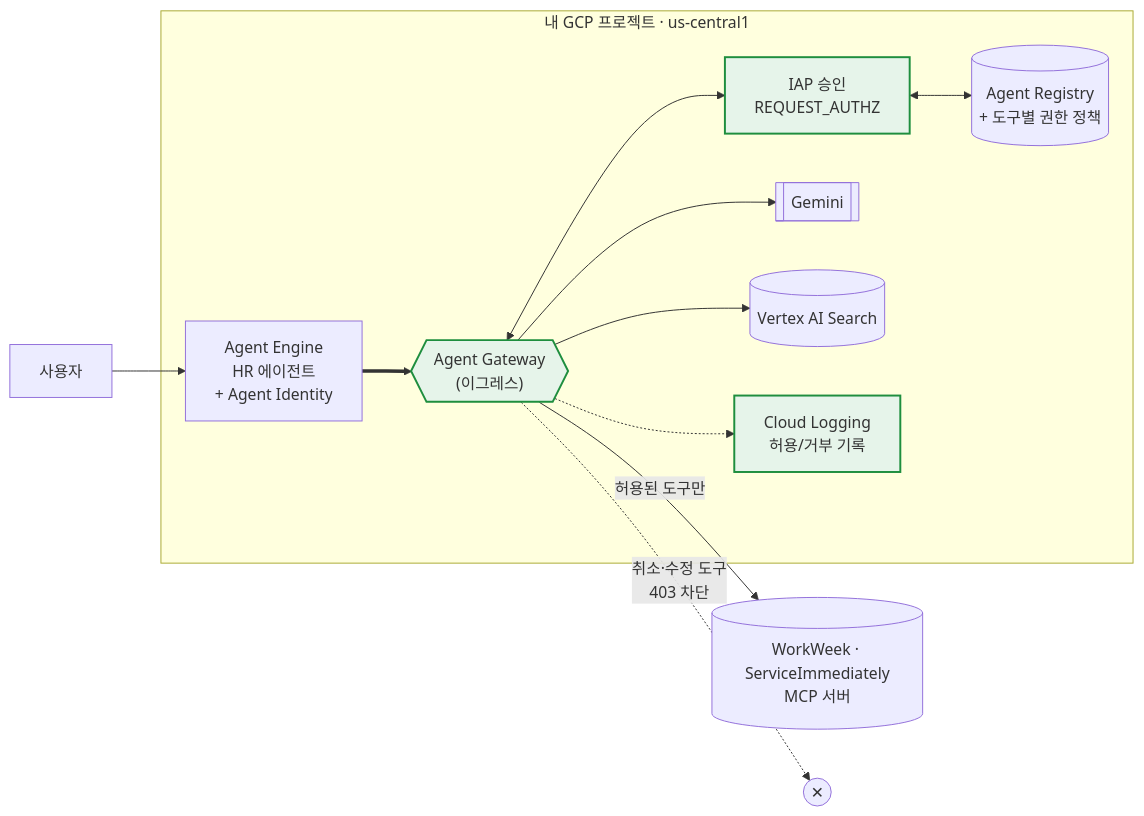
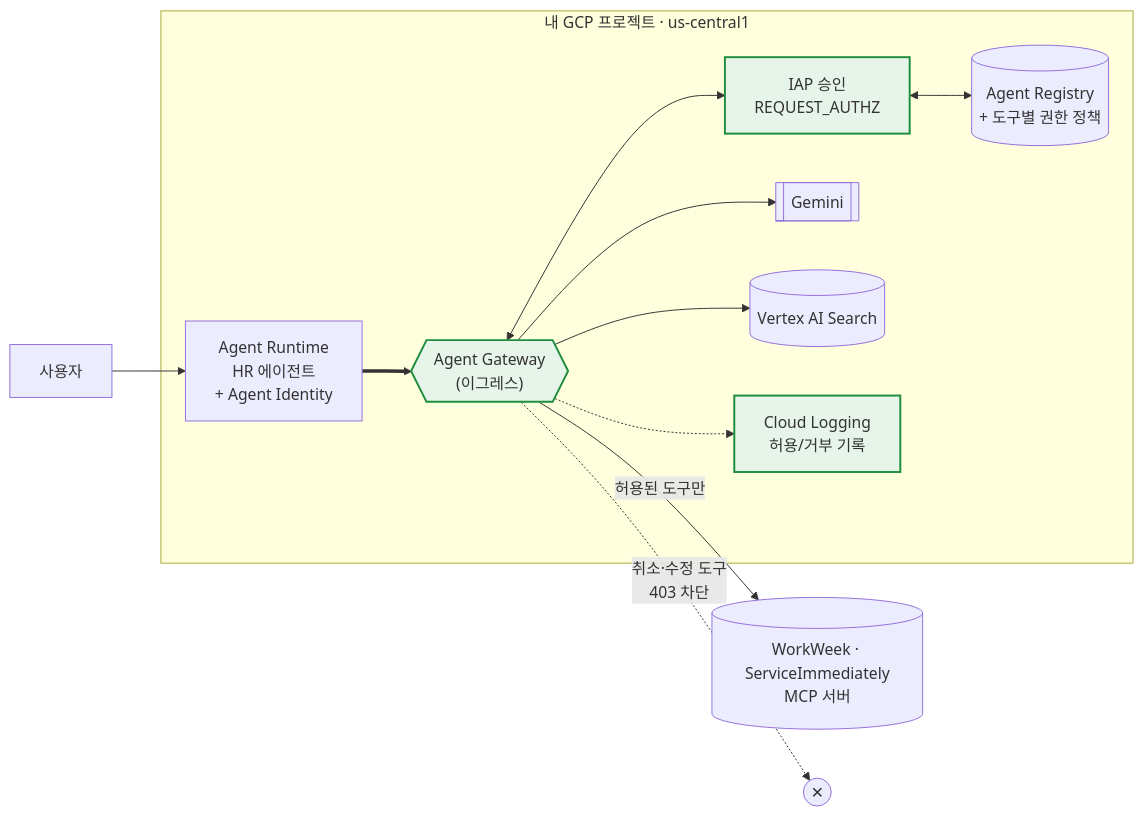
One commit to p219116/track3-2 changed the fifth of 6 diagrams in README.md. Above: the diagram before and after it, drawn with Mermaid. The commit also changed other lines of this file, not shown here.

Commit message:
docs: Agent Engine 명칭을 Agent Runtime으로 통일

````diff
--- a/README.md
+++ b/README.md
@@ -427,23 +423,23 @@
 ```mermaid
 flowchart LR
     U[사용자] --> AR
     subgraph GCP["내 GCP 프로젝트 · us-central1"]
-        AR["Agent Engine<br/>HR 에이전트<br/>+ Agent Identity"]
+        AR["Agent Runtime<br/>HR 에이전트<br/>+ Agent Identity"]
         AGW{{"Agent Gateway<br/>(이그레스)"}}
         IAP["IAP 승인<br/>REQUEST_AUTHZ"]
         REG[("Agent Registry<br/>+ 도구별 권한 정책")]
         GEM[["Gemini"]]
         VS[("Vertex AI Search")]
         LOG["Cloud Logging<br/>허용/거부 기록"]
         AR ==> AGW
         AGW <--> IAP
         IAP <--> REG
         AGW --> GEM
         AGW --> VS
         AGW -.-> LOG
     end
     AGW -- "허용된 도구만" --> MCP[("WorkWeek · ServiceImmediately<br/>MCP 서버")]
     AGW -. "취소·수정 도구<br/>403 차단" .-> X(("✕"))
     classDef new fill:#e6f4ea,stroke:#1e8e3e,stroke-width:2px;
     class AGW,IAP,LOG new
 ```
````
